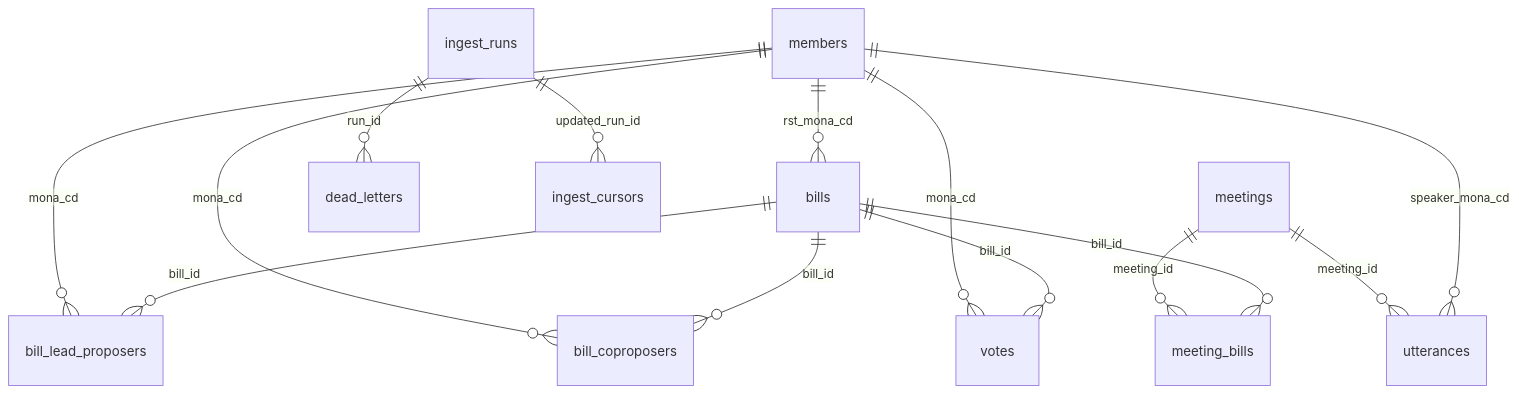
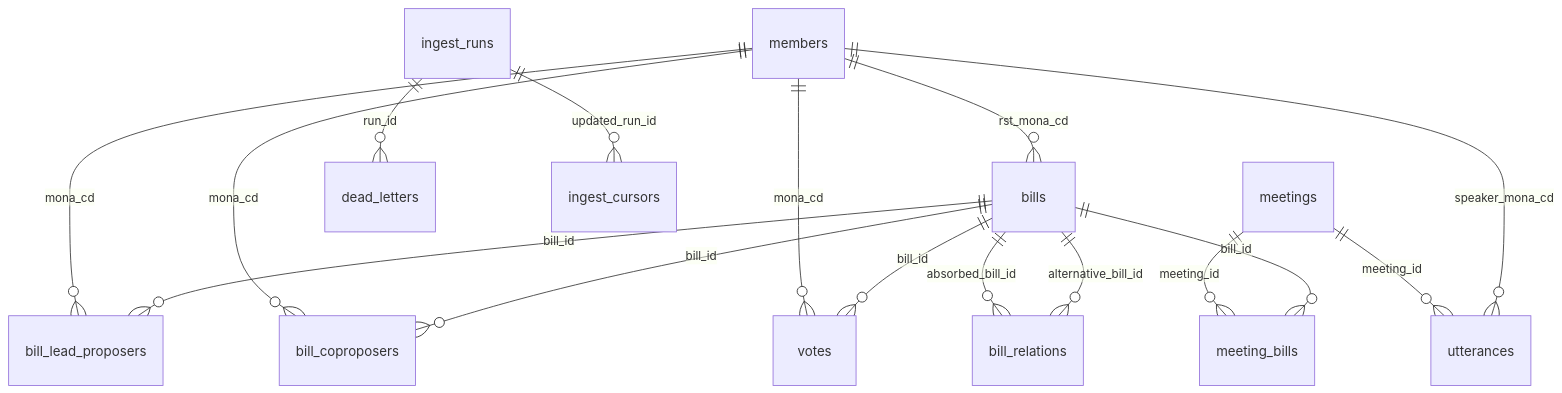
Before and after one commit to tjdwls101010/Congress-DB: the diagram in docs/design/ERD.md, drawn with Mermaid. The commit also changed other lines of this file and 10 other files, not shown here.

Commit message:
Fix #72 ingest bill alternative relations

````diff
--- a/docs/design/ERD.md
+++ b/docs/design/ERD.md
@@ -7,16 +7,18 @@
 ```mermaid
 erDiagram
     members ||--o{ bills : "rst_mona_cd"
     members ||--o{ bill_lead_proposers : "mona_cd"
     bills ||--o{ bill_lead_proposers : "bill_id"
     members ||--o{ bill_coproposers : "mona_cd"
     bills ||--o{ bill_coproposers : "bill_id"
     members ||--o{ votes : "mona_cd"
     bills ||--o{ votes : "bill_id"
+    bills ||--o{ bill_relations : "absorbed_bill_id"
+    bills ||--o{ bill_relations : "alternative_bill_id"
     meetings ||--o{ utterances : "meeting_id"
     meetings ||--o{ meeting_bills : "meeting_id"
     bills ||--o{ meeting_bills : "bill_id"
     members ||--o{ utterances : "speaker_mona_cd"
     ingest_runs ||--o{ dead_letters : "run_id"
     ingest_runs ||--o{ ingest_cursors : "updated_run_id"
 ```
````
